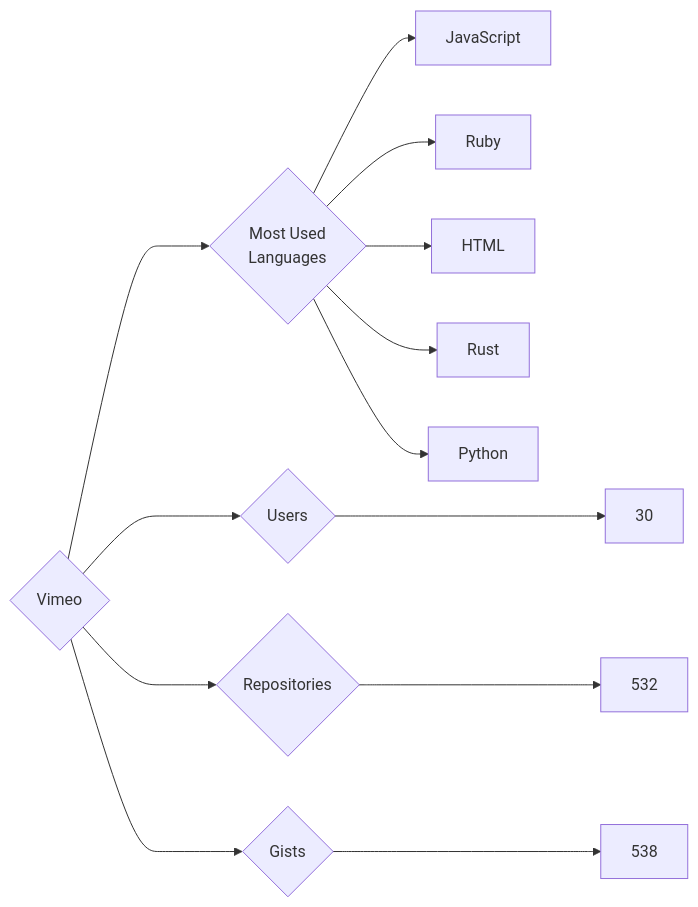
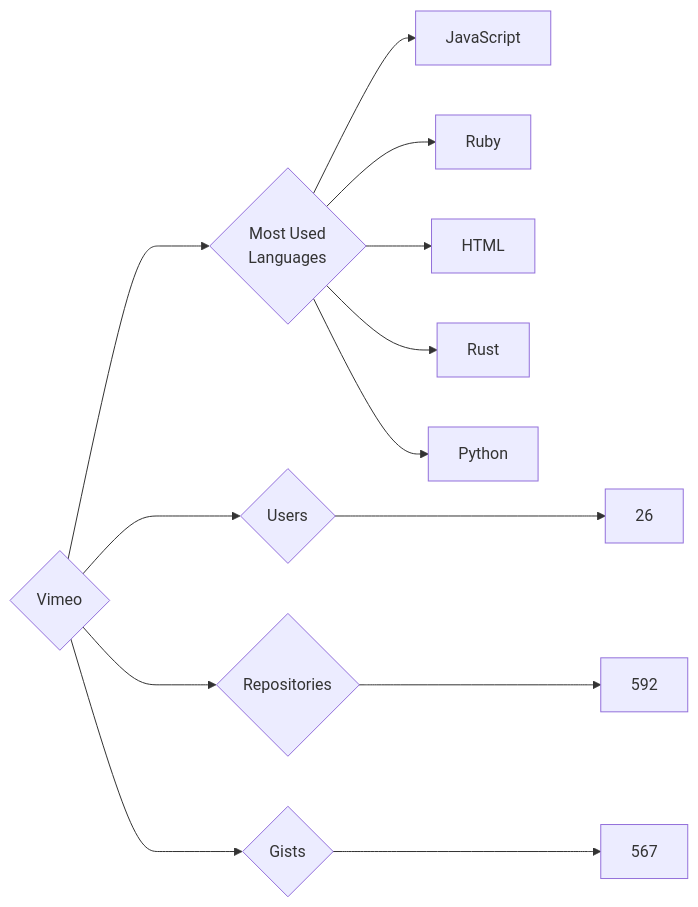
The diagram in targets/Vimeo/README.md (trickest/insiders), drawn with Mermaid before and after one commit. The commit also changed 912 other files, not shown here.

````diff
--- a/targets/Vimeo/README.md
+++ b/targets/Vimeo/README.md
@@ -3,13 +3,13 @@
 ```mermaid
 graph LR
 COMPANY_NAME{Vimeo}
-COMPANY_NAME ---> U{Users} ---> UN[30]
-COMPANY_NAME ---> R{Repositories} ---> RN[532]
-COMPANY_NAME ---> G{Gists} ---> GN[538]
+COMPANY_NAME ---> U{Users} ---> UN[26]
+COMPANY_NAME ---> R{Repositories} ---> RN[592]
+COMPANY_NAME ---> G{Gists} ---> GN[567]
 COMPANY_NAME ---> ML{Most Used<br>Languages}
 ML --> JavaScript[JavaScript]
 ML --> Ruby[Ruby]
 ML --> HTML[HTML]
 ML --> Rust[Rust]
 ML --> Python[Python]
 ```
````
